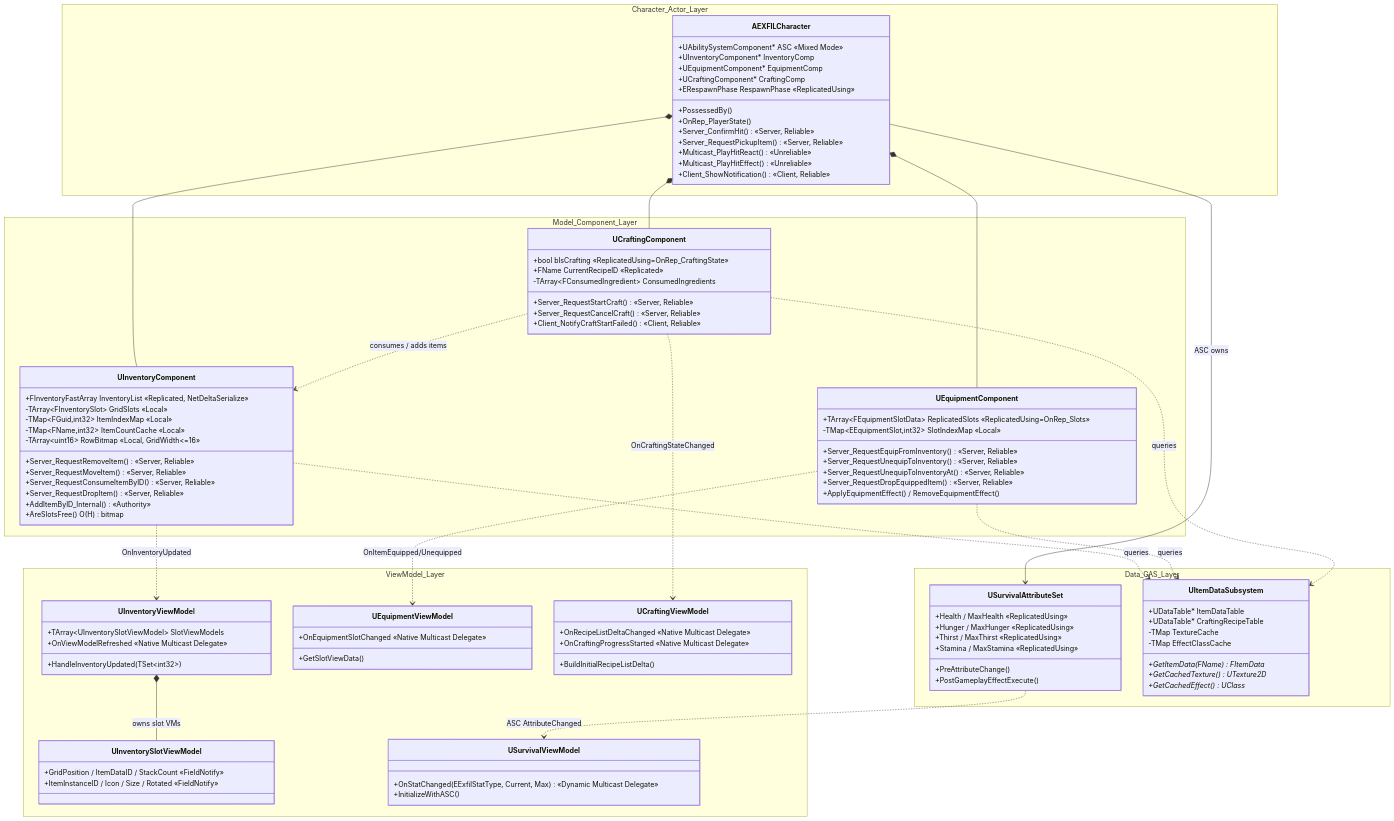
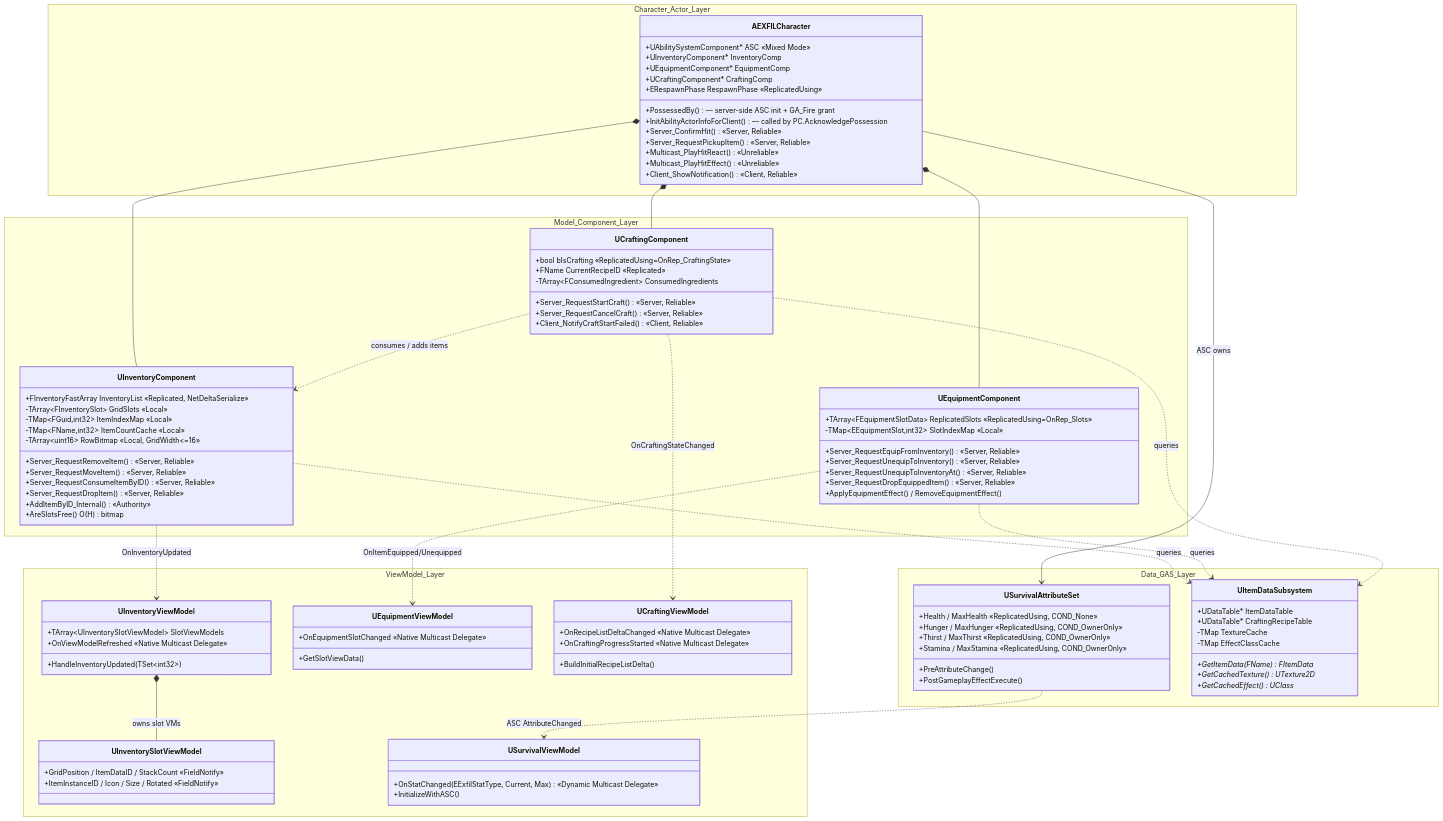
The first of 3 diagrams in README.md (agnesAqr/project_EXFIL), drawn with Mermaid before and after one commit. The commit also changed other lines of this file and 2 other files, not shown here.

Commit message:
docs(portfolio): reflect Day6/Day2/Day5/Day8 commits in README and diagrams
- Inventory remove path now does full cache rebuild (fix(Day6))
- AttributeSet COND split: Health/MaxHealth=None, Hunger/Thirst/Stamina=OwnerOnly (feat(Day8))
- Character class diagram: OnRep_PlayerState → InitAbilityActorInfoForClient (refactor(Day2))
- Portfolio: CacheSeparationArch / ReplicationArch updated for the same scope

```diff
--- a/README.md
+++ b/README.md
@@ -164,8 +166,8 @@
             +UEquipmentComponent* EquipmentComp
             +UCraftingComponent* CraftingComp
             +ERespawnPhase RespawnPhase «ReplicatedUsing»
-            +PossessedBy()
-            +OnRep_PlayerState()
+            +PossessedBy() — server-side ASC init + GA_Fire grant
+            +InitAbilityActorInfoForClient() — called by PC.AcknowledgePossession
             +Server_ConfirmHit() «Server, Reliable»
             +Server_RequestPickupItem() «Server, Reliable»
             +Multicast_PlayHitReact() «Unreliable»
@@ -240,10 +242,10 @@
 
     namespace Data_GAS_Layer {
         class USurvivalAttributeSet {
-            +Health / MaxHealth «ReplicatedUsing»
-            +Hunger / MaxHunger «ReplicatedUsing»
-            +Thirst / MaxThirst «ReplicatedUsing»
-            +Stamina / MaxStamina «ReplicatedUsing»
+            +Health / MaxHealth «ReplicatedUsing, COND_None»
+            +Hunger / MaxHunger «ReplicatedUsing, COND_OwnerOnly»
+            +Thirst / MaxThirst «ReplicatedUsing, COND_OwnerOnly»
+            +Stamina / MaxStamina «ReplicatedUsing, COND_OwnerOnly»
             +PreAttributeChange()
             +PostGameplayEffectExecute()
         }
```
